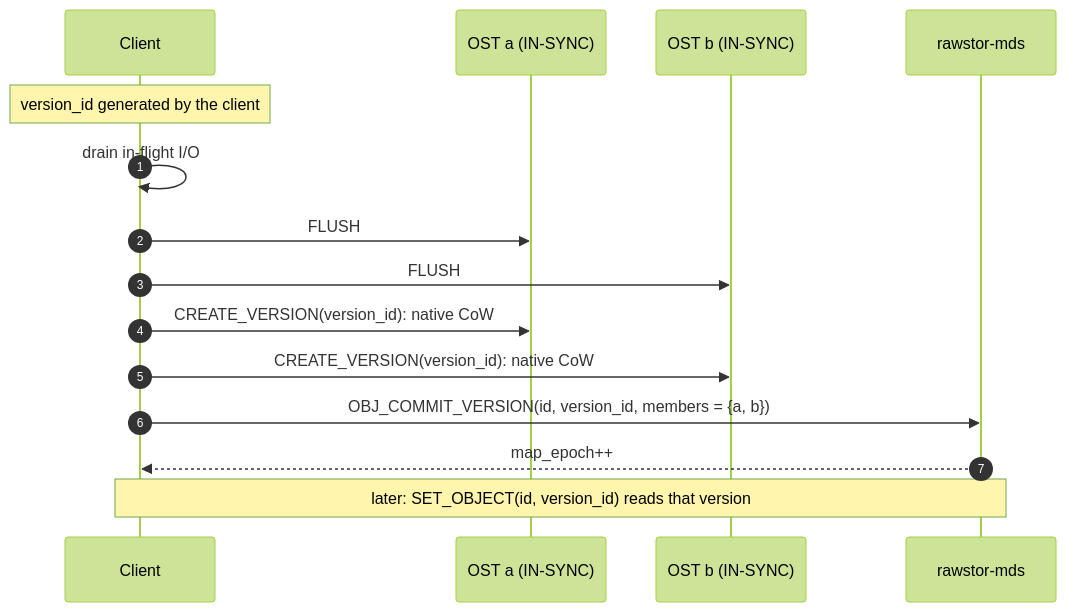
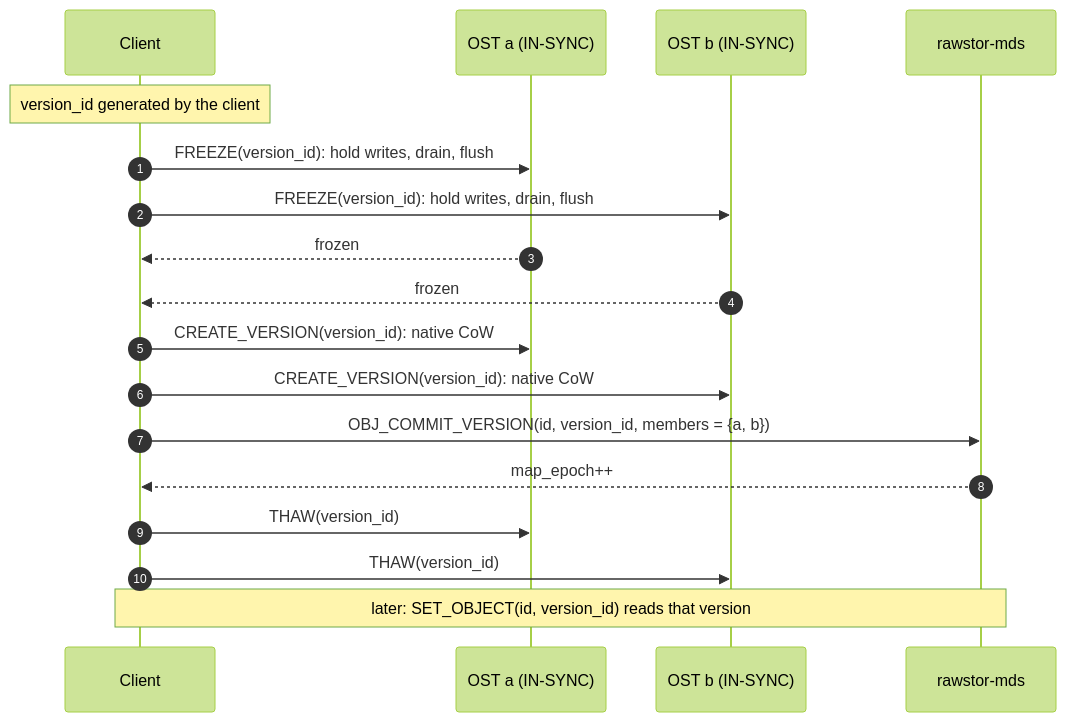
The seventh of 8 diagrams in docs/mds.md (rawstor/librawstor), drawn with Mermaid (forest theme) before and after one commit. The commit also changed other lines of this file and 34 other files, not shown here.

````diff
--- a/docs/mds.md
+++ b/docs/mds.md
@@ -764,17 +776,20 @@
 ```mermaid
 sequenceDiagram
     autonumber
     participant C as Client
     participant A as OST a (IN-SYNC)
     participant B as OST b (IN-SYNC)
     participant M as rawstor-mds
     Note over C: version_id generated by the client
-    C->>C: drain in-flight I/O
-    C->>A: FLUSH
-    C->>B: FLUSH
+    C->>A: FREEZE(version_id): hold writes, drain, flush
+    C->>B: FREEZE(version_id): hold writes, drain, flush
+    A-->>C: frozen
+    B-->>C: frozen
     C->>A: CREATE_VERSION(version_id): native CoW
     C->>B: CREATE_VERSION(version_id): native CoW
     C->>M: OBJ_COMMIT_VERSION(id, version_id, members = {a, b})
     M-->>C: map_epoch++
+    C->>A: THAW(version_id)
+    C->>B: THAW(version_id)
     Note over C,M: later: SET_OBJECT(id, version_id) reads that version
 ```
````
